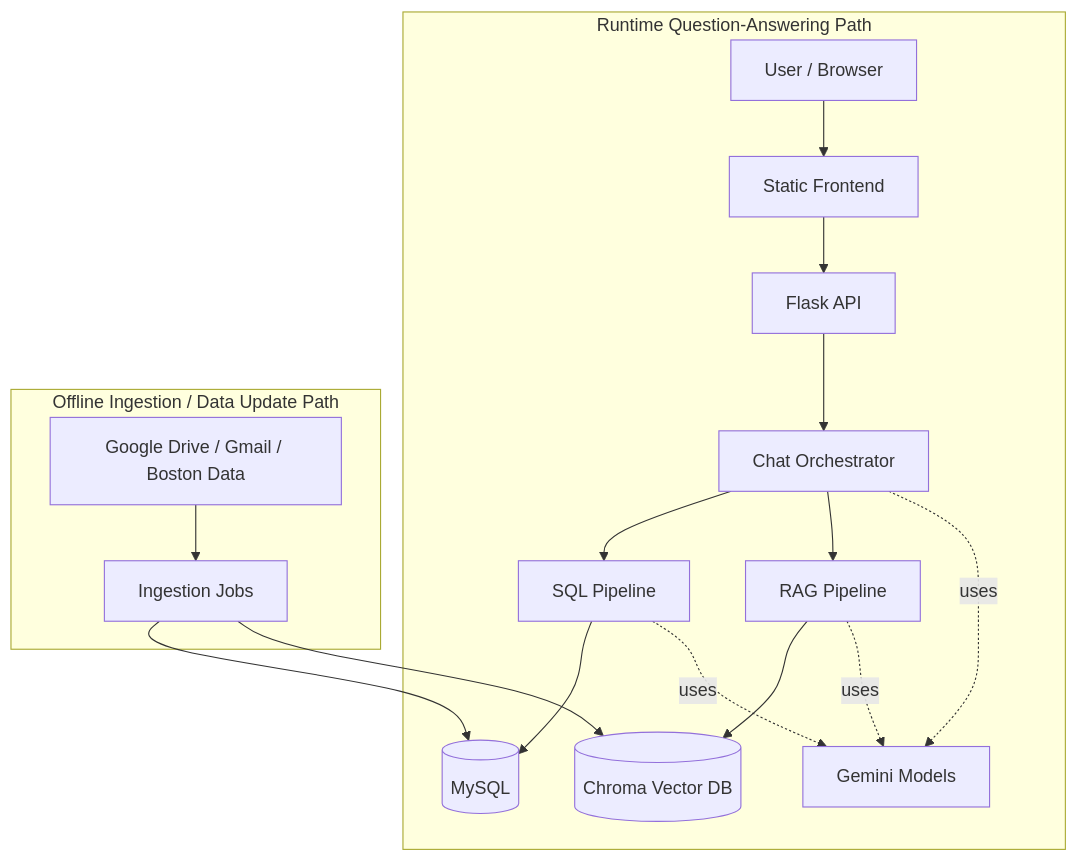
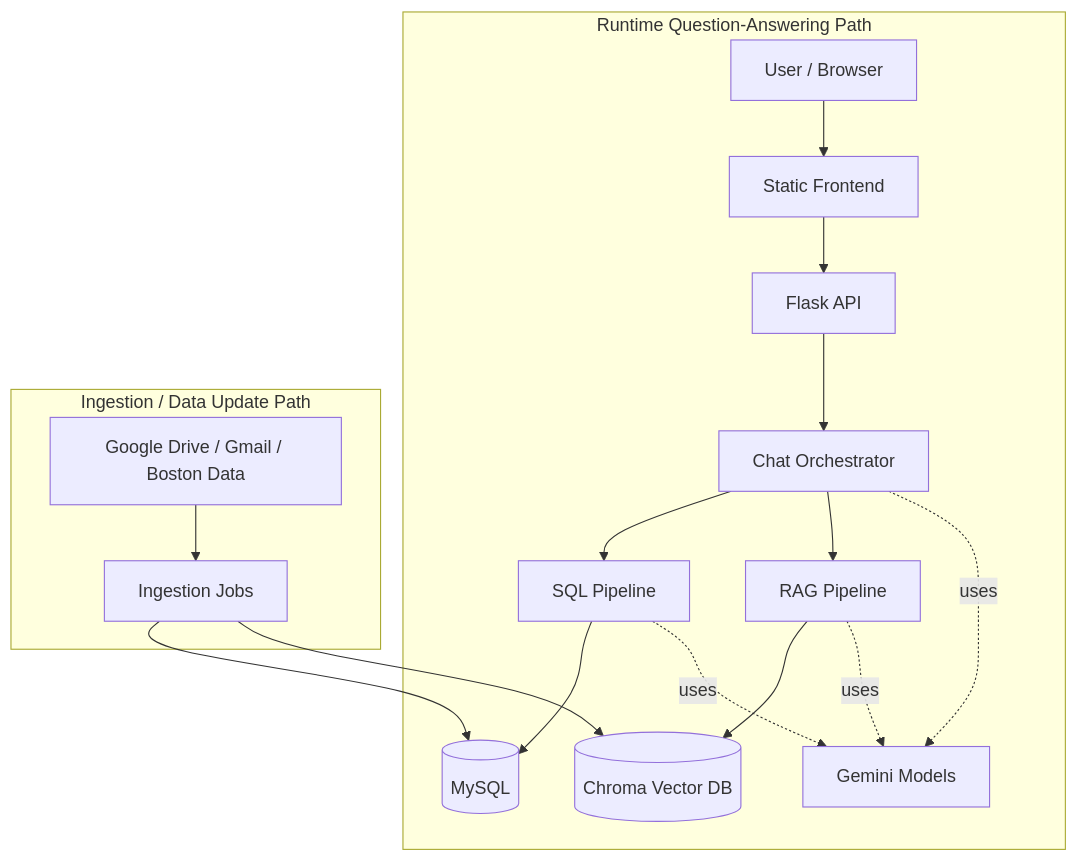
Before and after one commit to atharvg-BU/ml-misi-community-sentiment: the first of 2 diagrams in system_design.md, drawn with Mermaid.

````diff
--- a/system_design.md
+++ b/system_design.md
@@ -15,21 +15,21 @@
 ```mermaid
 flowchart TD
     subgraph Runtime["Runtime Question-Answering Path"]
         A[User / Browser] --> B[Static Frontend]
         B --> C[Flask API]
         C --> D[Chat Orchestrator]
         D --> E[SQL Pipeline]
         D --> F[RAG Pipeline]
         E --> G[(MySQL)]
         F --> H[(Chroma Vector DB)]
         D -.uses.-> I[Gemini Models]
         E -.uses.-> I
         F -.uses.-> I
     end
 
-    subgraph Ingestion["Offline Ingestion / Data Update Path"]
+    subgraph Ingestion["Ingestion / Data Update Path"]
         K[Google Drive / Gmail / Boston Data] --> J[Ingestion Jobs]
         J --> G
         J --> H
     end
 ```
````
